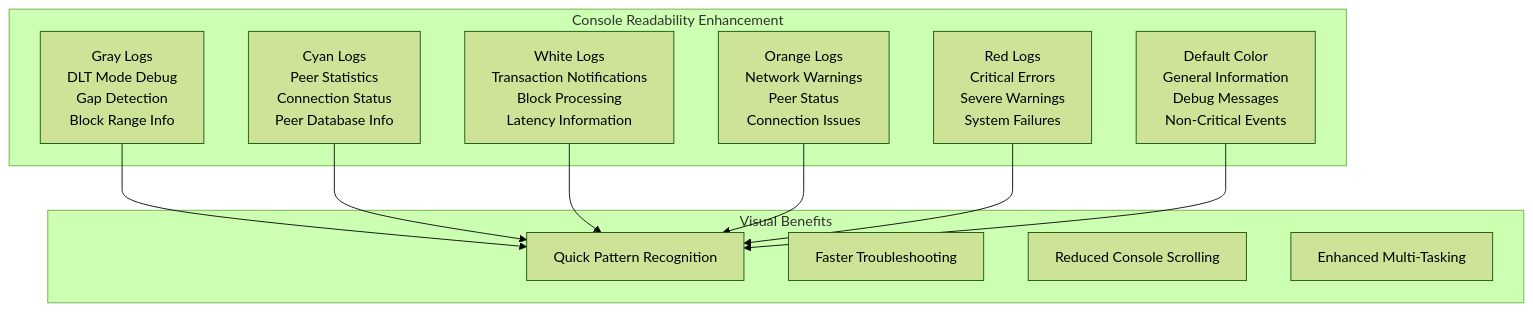
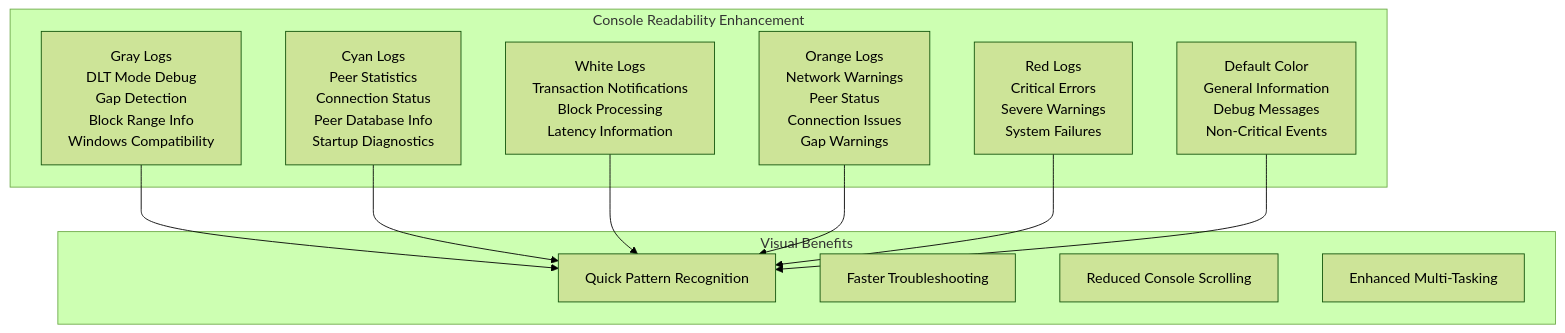
Before and after one commit to VIZ-Blockchain/viz-cpp-node: diagram 33 of 43 in .qoder/repowiki/en/content/P2p Plugin.md, drawn with Mermaid (forest theme). The commit also changed other lines of this file and 2 other files, not shown here.

First line of the commit message:
feat(dlt): enhance DLT block log and p2p plugin with gap detection and Windows support

````diff
--- a/.qoder/repowiki/en/content/P2p Plugin.md
+++ b/.qoder/repowiki/en/content/P2p Plugin.md
@@ -1061,23 +1166,23 @@
 ```mermaid
 graph TB
 subgraph "Console Readability Enhancement"
-GrayLogs["Gray Logs<br/>DLT Mode Debug<br/>Gap Detection<br/>Block Range Info"]
-CyanLogs["Cyan Logs<br/>Peer Statistics<br/>Connection Status<br/>Peer Database Info"]
+GrayLogs["Gray Logs<br/>DLT Mode Debug<br/>Gap Detection<br/>Block Range Info<br/>Windows Compatibility"]
+CyanLogs["Cyan Logs<br/>Peer Statistics<br/>Connection Status<br/>Peer Database Info<br/>Startup Diagnostics"]
 WhiteLogs["White Logs<br/>Transaction Notifications<br/>Block Processing<br/>Latency Information"]
-OrangeLogs["Orange Logs<br/>Network Warnings<br/>Peer Status<br/>Connection Issues"]
+OrangeLogs["Orange Logs<br/>Network Warnings<br/>Peer Status<br/>Connection Issues<br/>Gap Warnings"]
 RedLogs["Red Logs<br/>Critical Errors<br/>Severe Warnings<br/>System Failures"]
 DefaultLogs["Default Color<br/>General Information<br/>Debug Messages<br/>Non-Critical Events"]
 end
 subgraph "Visual Benefits"
 Benefit1["Quick Pattern Recognition"]
 Benefit2["Faster Troubleshooting"]
 Benefit3["Reduced Console Scrolling"]
 Benefit4["Enhanced Multi-Tasking"]
 end
 GrayLogs --> Benefit1
 CyanLogs --> Benefit1
 WhiteLogs --> Benefit1
 OrangeLogs --> Benefit1
 RedLogs --> Benefit1
 DefaultLogs --> Benefit1
 ```
````
